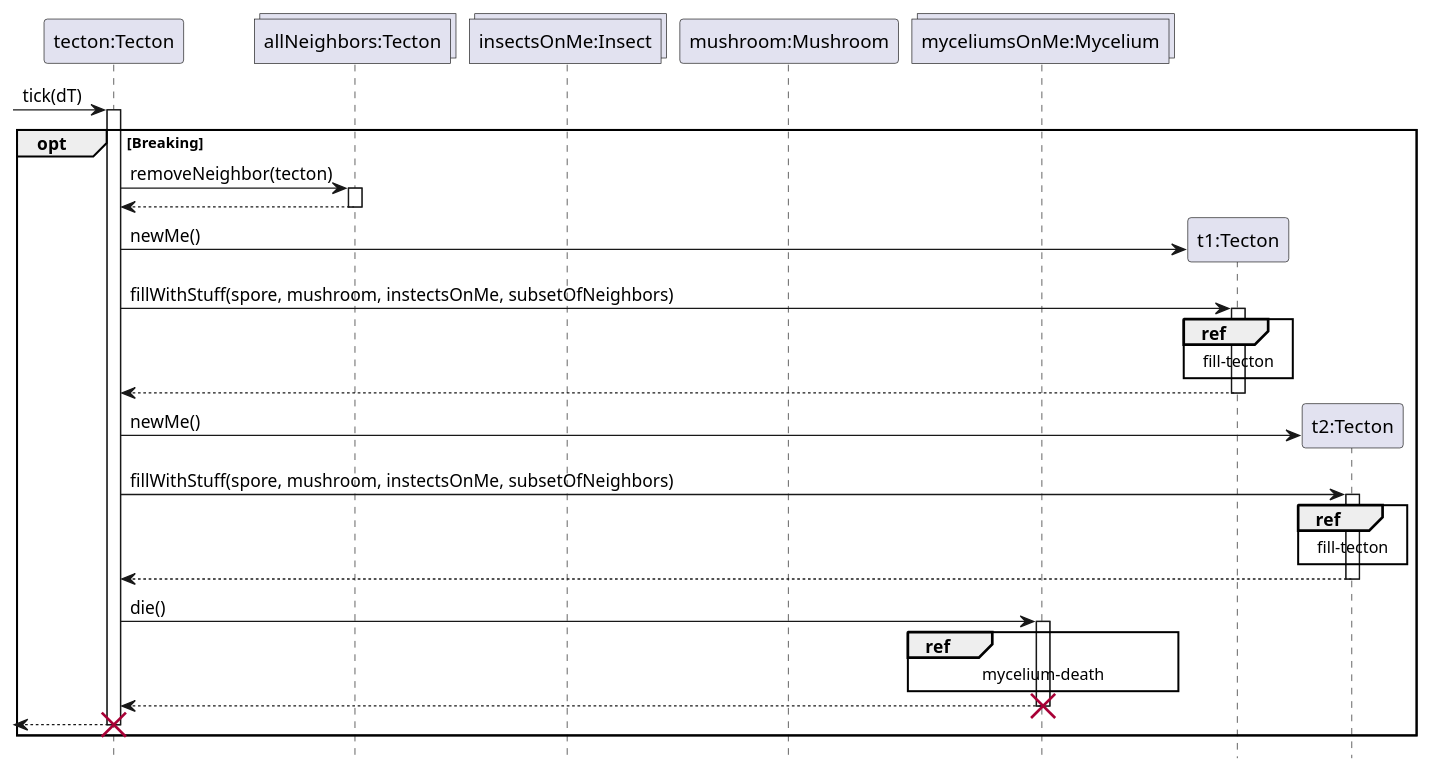
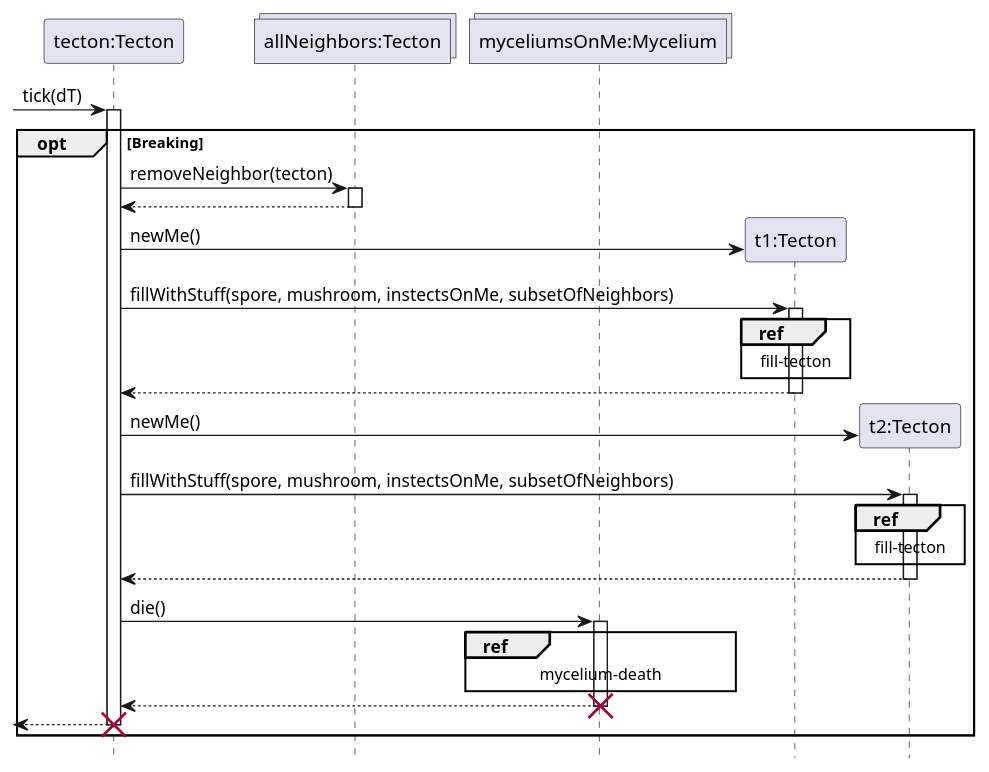
The diagram in Tecton/tecton-break-seq.pu (ZD4ve/projlab-error521), drawn with PlantUML before and after one commit.

Commit message:
Remove unusedparticipants

```diff
--- a/Tecton/tecton-break-seq.pu
+++ b/Tecton/tecton-break-seq.pu
@@ -1,50 +1,48 @@
 @startuml Tecton/tecton-break-seq
 hide footbox
 
 participant "tecton:Tecton" as Dying
 collections "allNeighbors:Tecton" as allNeighbors
-collections "insectsOnMe:Insect" as Insects
-participant "mushroom:Mushroom" as Mushroom
 collections "myceliumsOnMe:Mycelium" as target
 
 -> Dying : tick(dT)
 activate Dying
 opt Breaking
 
 Dying -> allNeighbors : removeNeighbor(tecton)
 activate allNeighbors
 return
 
 create "t1:Tecton" as New1
 Dying -> New1 : newMe()
 Dying -> New1 : fillWithStuff(spore, mushroom, instectsOnMe, subsetOfNeighbors)
 activate New1
 ref over New1
     fill-tecton
 end ref
 return
 
 create "t2:Tecton" as New2
 Dying -> New2 : newMe()
 Dying -> New2 : fillWithStuff(spore, mushroom, instectsOnMe, subsetOfNeighbors)
 activate New2
 ref over New2
     fill-tecton
 end ref
 return
 
 Dying -> target : die()
 activate target
 
 ref over target
     mycelium-death
 end ref
 
 return
 destroy target
 
 <-- Dying
 destroy Dying
 end
 
 @enduml
```
